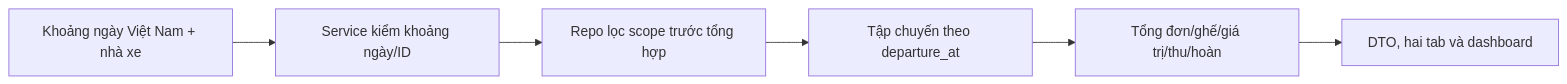
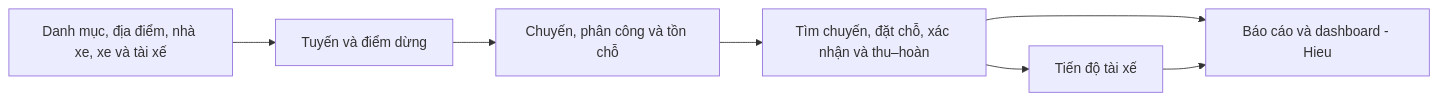
The diagram in docs/05-ke-hoach/PHAN_CONG.md (hieuv526034/vietroute-web), drawn with Mermaid before and after one commit. The commit also changed other lines of this file and 15 other files, not shown here.

First line of the commit message:
Hoàn thiện báo cáo Word, phân công nhóm và quyền UI

````diff
--- a/docs/05-ke-hoach/PHAN_CONG.md
+++ b/docs/05-ke-hoach/PHAN_CONG.md
@@ -117,8 +42,9 @@
 ```mermaid
 flowchart LR
-    I[Khoảng ngày Việt Nam + nhà xe] --> S[Service kiểm khoảng ngày/ID]
-    S --> P[Repo lọc scope trước tổng hợp]
-    P --> T[Tập chuyến theo departure_at]
-    T --> B[Tổng đơn/ghế/giá trị/thu/hoàn]
-    B --> U[DTO, hai tab và dashboard]
+    C[Danh mục, địa điểm, nhà xe, xe và tài xế] --> R[Tuyến và điểm dừng]
+    R --> T[Chuyến, phân công và tồn chỗ]
+    T --> B[Tìm chuyến, đặt chỗ, xác nhận và thu–hoàn]
+    B --> D[Tiến độ tài xế]
+    B --> P[Báo cáo và dashboard - Hieu]
+    D --> P
 ```
````
